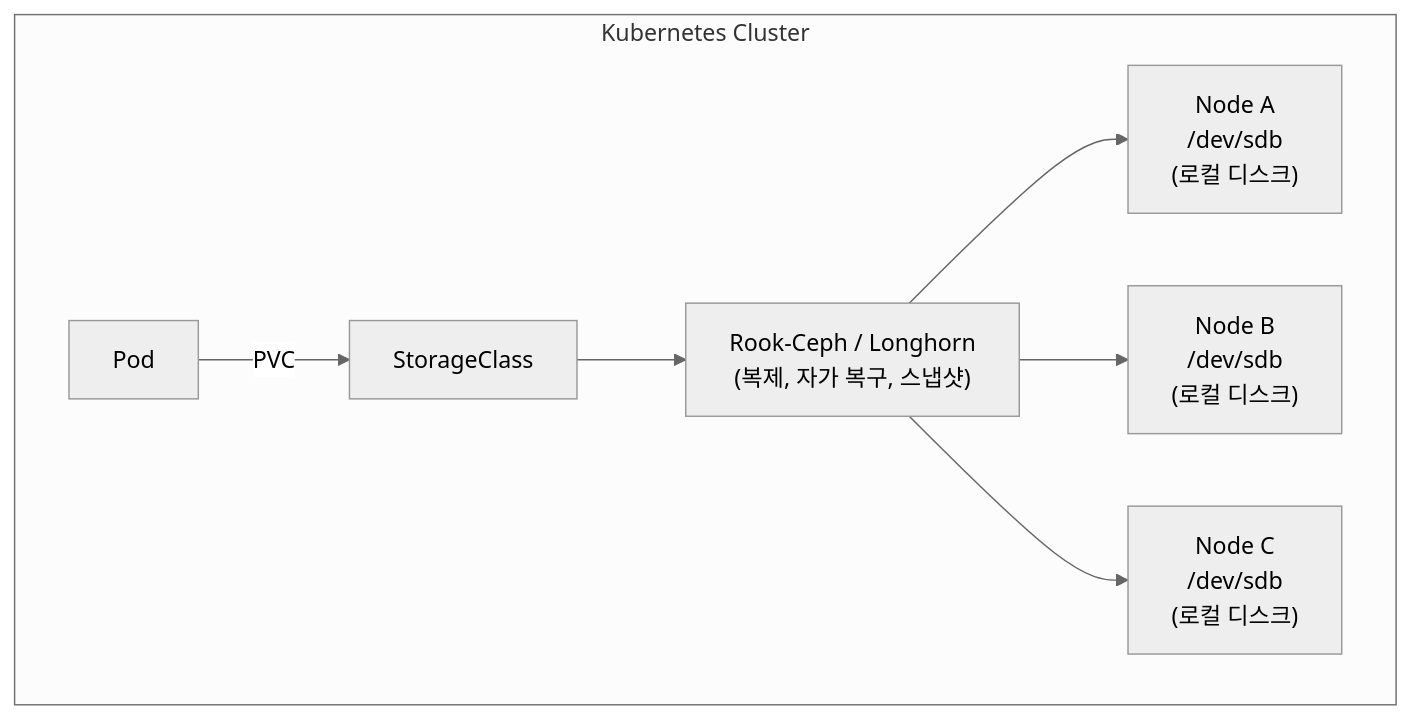
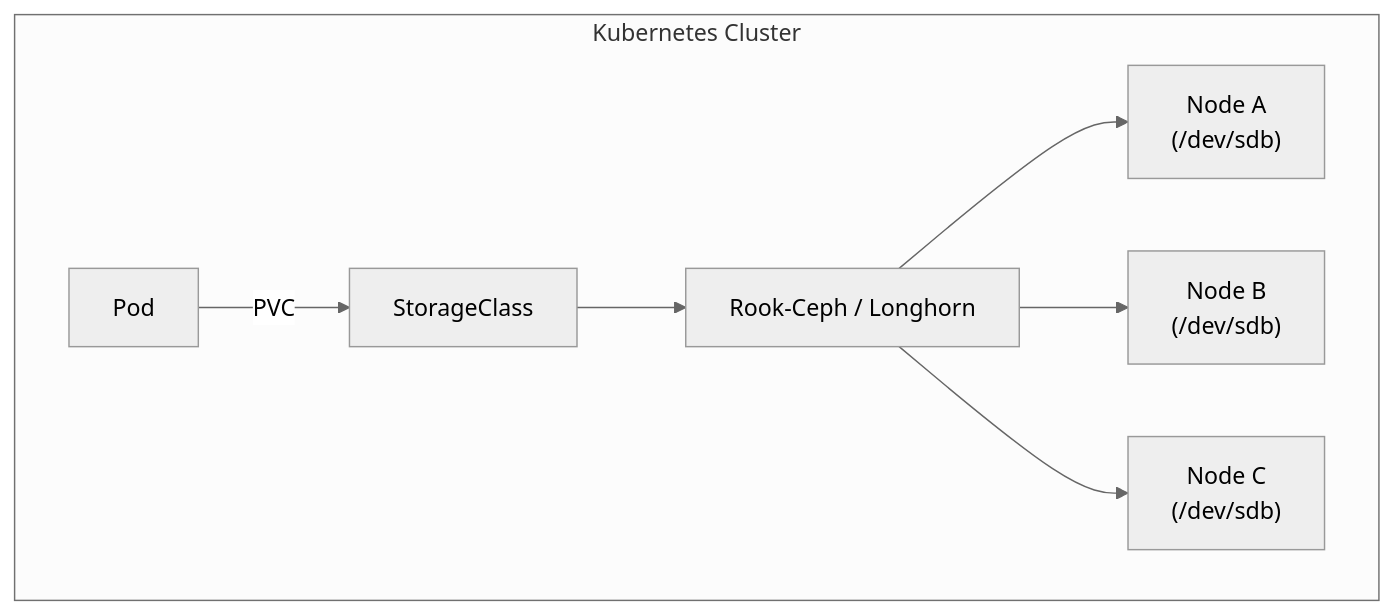
One commit to moonblueblue/devops-wiki changed the second of 2 diagrams in content/linux/filesystem-storage/raid.md. Above: the diagram before and after it, drawn with Mermaid (neutral theme). The commit also changed 3 other files, not shown here.

First line of the commit message:
style: Mermaid 노드 10개 이하·레이블 간소화 규칙 적용

````diff
--- a/content/linux/filesystem-storage/raid.md
+++ b/content/linux/filesystem-storage/raid.md
@@ -442,10 +442,10 @@
 ```mermaid
 graph TD
     subgraph cluster["Kubernetes Cluster"]
         Pod["Pod"] -- PVC --> SC["StorageClass"]
-        SC --> STORAGE["Rook-Ceph / Longhorn<br/>(복제, 자가 복구, 스냅샷)"]
-        STORAGE --> NA["Node A<br/>/dev/sdb<br/>(로컬 디스크)"]
-        STORAGE --> NB["Node B<br/>/dev/sdb<br/>(로컬 디스크)"]
-        STORAGE --> NC["Node C<br/>/dev/sdb<br/>(로컬 디스크)"]
+        SC --> STORAGE["Rook-Ceph / Longhorn"]
+        STORAGE --> NA["Node A\n(/dev/sdb)"]
+        STORAGE --> NB["Node B\n(/dev/sdb)"]
+        STORAGE --> NC["Node C\n(/dev/sdb)"]
     end
 ```
````
